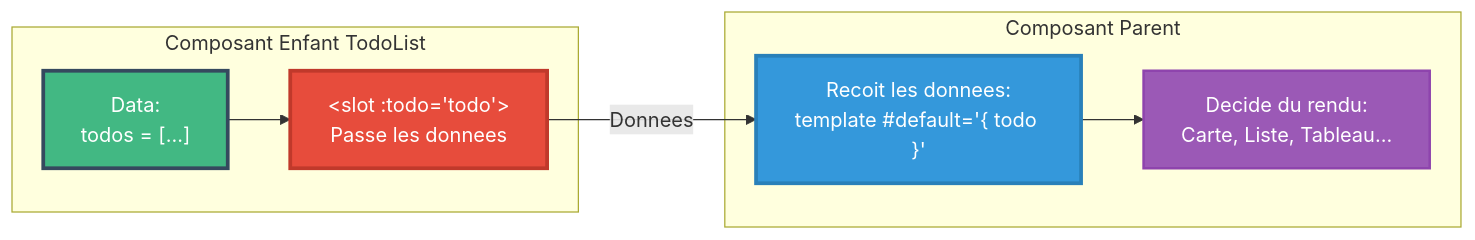
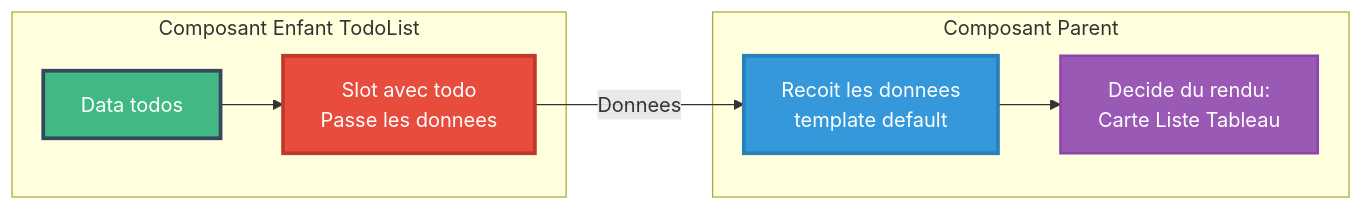
The second of 2 diagrams in pages/module2-slots-composants.md (JSurquin/pylowt), drawn with Mermaid before and after one commit. The commit also changed other lines of this file and 5 other files, not shown here.

````diff
--- a/pages/module2-slots-composants.md
+++ b/pages/module2-slots-composants.md
@@ -328,21 +354,21 @@
 ```mermaid
 graph LR
     subgraph Enfant["Composant Enfant TodoList"]
-        ED["Data:<br/>todos = [...]"]
-        ES["&lt;slot :todo='todo'&gt;<br/>Passe les donnees"]
+        ED[Data todos]
+        ES[Slot avec todo<br/>Passe les donnees]
     end
     
     subgraph Parent["Composant Parent"]
-        PR["Recoit les donnees:<br/>template #default='{ todo }'"]
-        PD["Decide du rendu:<br/>Carte, Liste, Tableau..."]
+        PR[Recoit les donnees<br/>template default]
+        PD[Decide du rendu:<br/>Carte Liste Tableau]
     end
     
     ED --> ES
     ES -->|Donnees| PR
     PR --> PD
     
     style ED fill:#42b883,stroke:#35495e,stroke-width:3px,color:#fff
     style ES fill:#e74c3c,stroke:#c0392b,stroke-width:3px,color:#fff
     style PR fill:#3498db,stroke:#2980b9,stroke-width:3px,color:#fff
     style PD fill:#9b59b6,stroke:#8e44ad,stroke-width:2px,color:#fff
 ```
````
